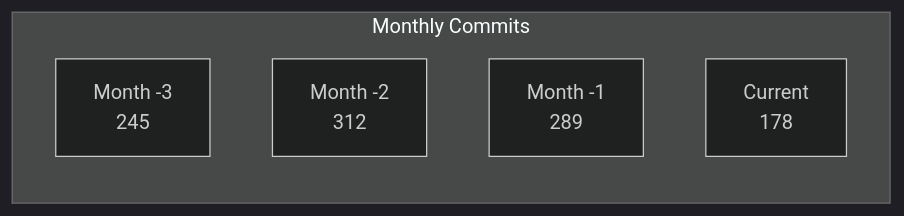
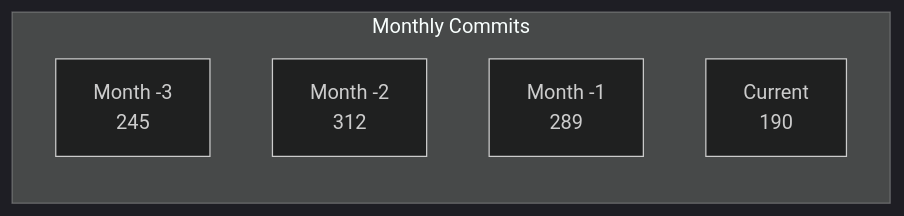
The third of 4 diagrams in docs/state/metrics-dashboard.md (lnittman/webs-xyz), drawn with Mermaid (dark theme) before and after one commit. The commit also changed other lines of this file and 6 other files, not shown here.

````diff
--- a/docs/state/metrics-dashboard.md
+++ b/docs/state/metrics-dashboard.md
@@ -53,9 +55,9 @@
 ```mermaid
 graph LR
   subgraph "Monthly Commits"
     M1[Month -3\n245]
     M2[Month -2\n312]
     M3[Month -1\n289]
-    M4[Current\n178]
+    M4[Current\n190]
   end
 ```
````
